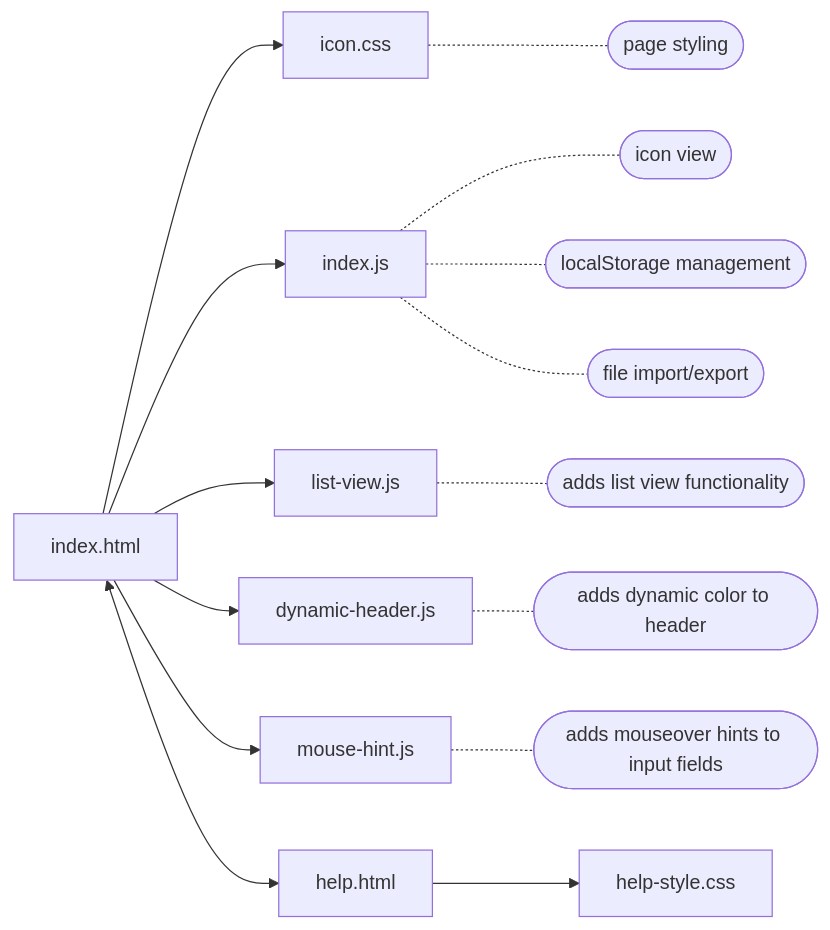
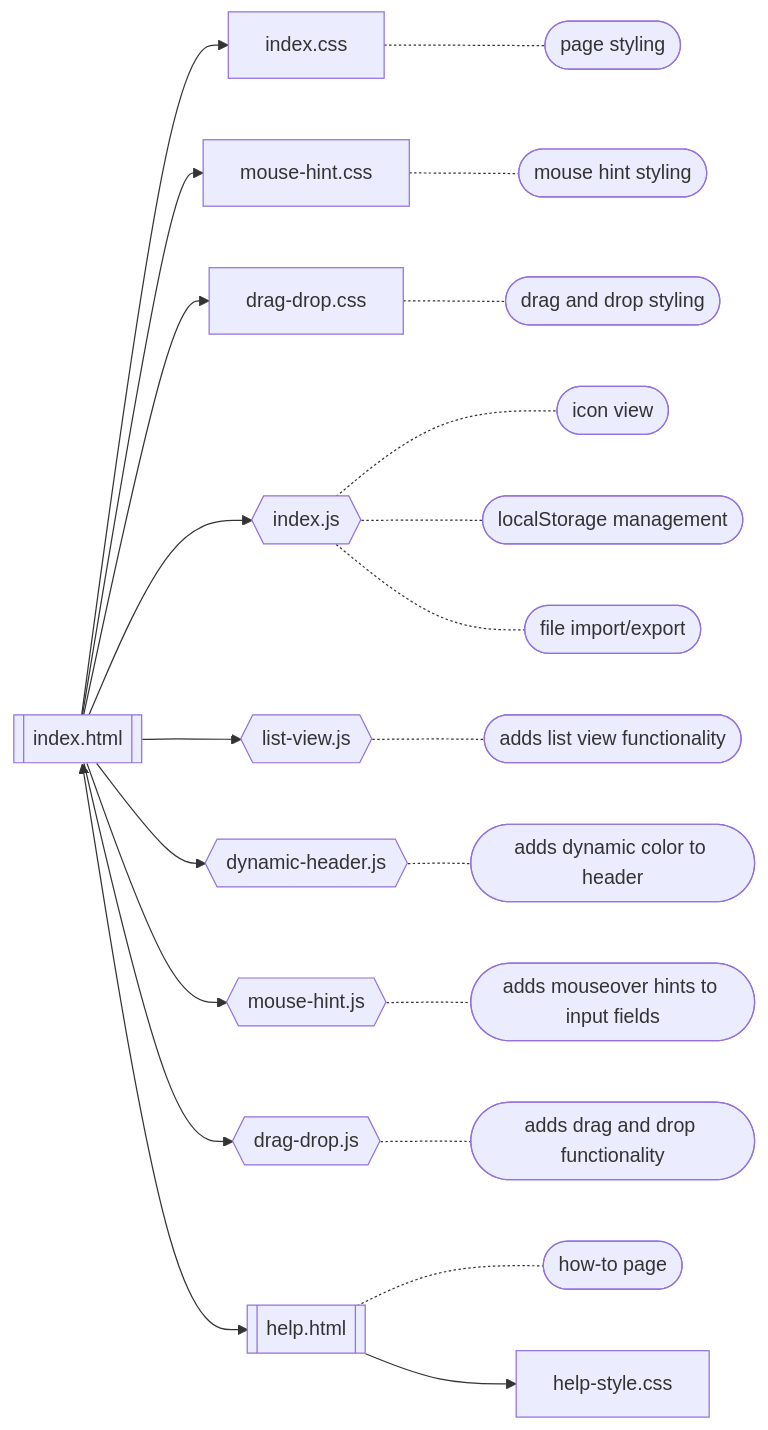
The diagram in README.md (pxp888/startpage), drawn with Mermaid before and after one commit. The commit also changed other lines of this file and 4 other files, not shown here.

````diff
--- a/README.md
+++ b/README.md
@@ -236,17 +244,23 @@
 ```mermaid
 graph LR
-A[index.html]
-B[help.html]
+A[[index.html]]
+B[[help.html]]
 
-A --> css1[icon.css] -.- e4([page styling])
-A --> js1[index.js]
+A --> css1[index.css] -.- e4([page styling])
+A --> css3[mouse-hint.css] -.- e8([mouse hint styling])
+A --> css4[drag-drop.css] -.- e9([drag and drop styling])
+A --> js1{{index.js}}
 js1 -.- e5([icon view])
 js1 -.- e1([localStorage management])
 js1 -.- e6([file import/export])
 
-A --> js2[list-view.js] -.- e2([adds list view functionality])
-A --> js3[dynamic-header.js] -.- e3([adds dynamic color to header])
-A --> js4[mouse-hint.js] -.- e7([adds mouseover hints to input fields])
+A --> js2{{list-view.js}} -.- e2([adds list view functionality])
+A --> js3{{dynamic-header.js}} -.- e3([adds dynamic color to header])
+A --> js4{{mouse-hint.js}} -.- e7([adds mouseover hints to input fields])
+A --> js5{{drag-drop.js}} -.- e10([adds drag and drop functionality])
+B -.- e11([how-to page])
 B --> css2[help-style.css]
 A <--> B
+
+
 ```
````
